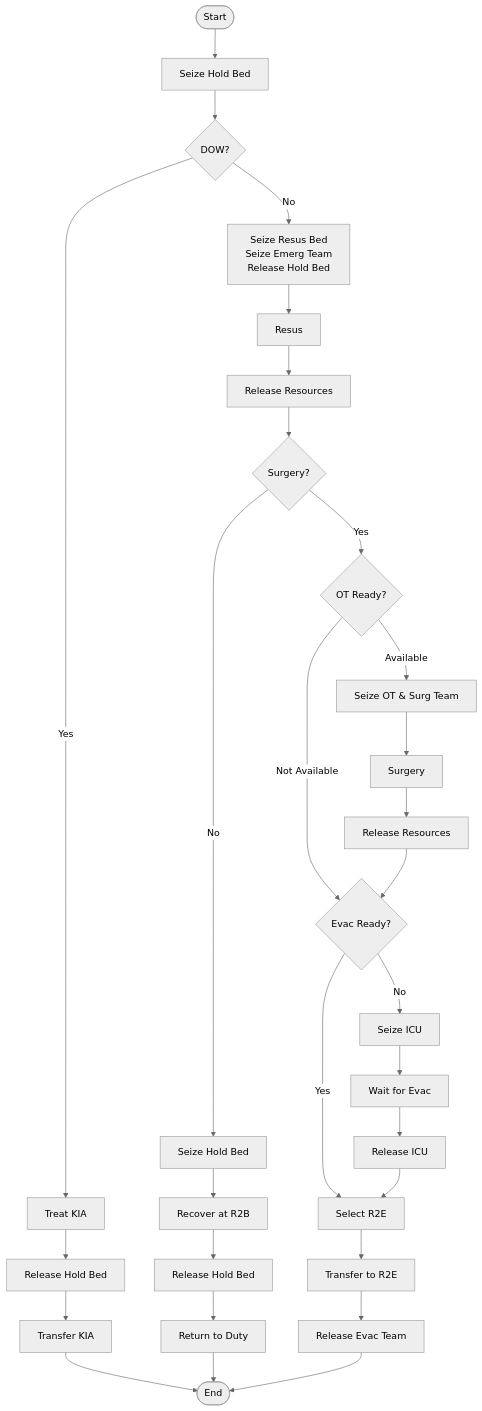
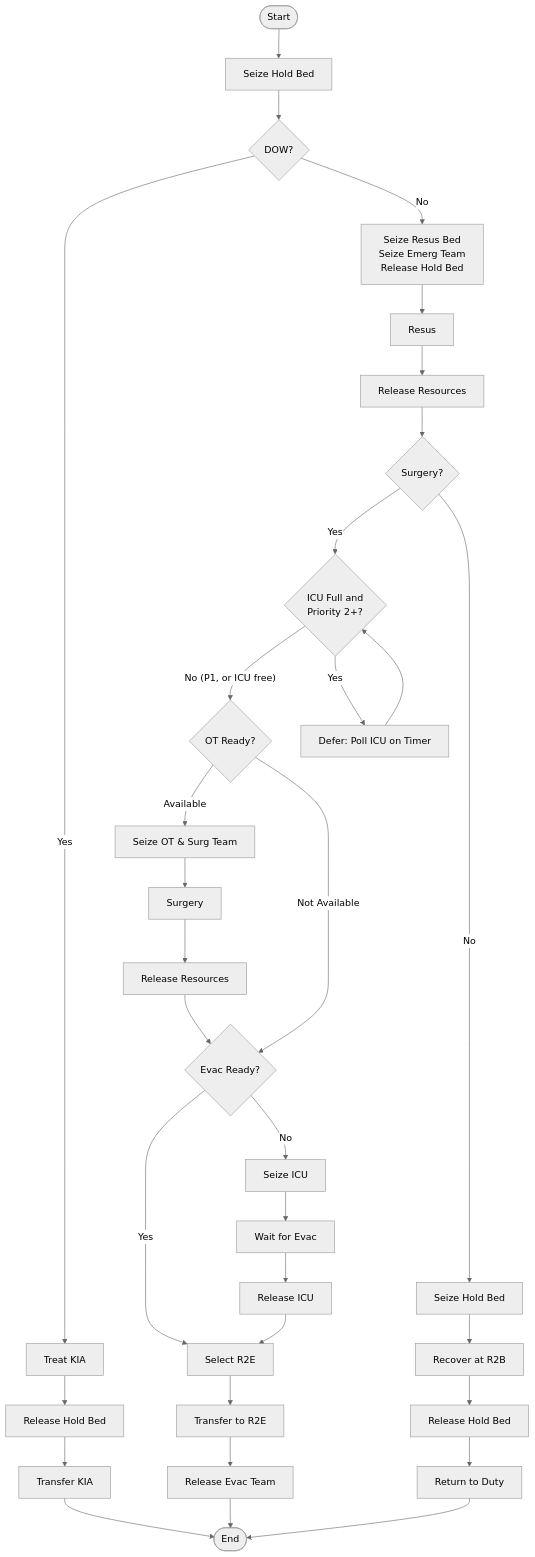
Before and after one commit to natosys/Battlefield-Casualty-Handling: the third of 4 diagrams in README.md, drawn with Mermaid (neutral theme). The commit also changed other lines of this file and 15 other files, not shown here.

````diff
--- a/README.md
+++ b/README.md
@@ -920,32 +938,35 @@
 ```mermaid
 flowchart TD
     A(["Start"]) --> B["Seize Hold Bed"]
     B --> C{"DOW?"}
     C -- Yes --> D["Treat KIA"]
     D --> E["Release Hold Bed"]
     E --> F["Transfer KIA"]
     F --> Z(["End"])
     C -- No --> G["Seize Resus Bed <br> Seize Emerg Team <br> Release Hold Bed"]
     G --> H["Resus"]
     H --> I["Release Resources"]
     I --> J{"Surgery?"}
-    J -- Yes --> K{"OT Ready?"}
+    J -- Yes --> K0{"ICU Full and<br>Priority 2+?"}
+    K0 -- "No (P1, or ICU free)" --> K{"OT Ready?"}
+    K0 -- Yes --> KD["Defer: Poll ICU on Timer"]
+    KD --> K0
     K -- Available --> L["Seize OT & Surg Team"]
     L --> M["Surgery"]
     M --> N["Release Resources"]
     K -- Not Available --> O{"Evac Ready?"}
     J -- No --> P["Seize Hold Bed"]
     P --> Q["Recover at R2B"]
     Q --> R["Release Hold Bed"]
     R --> S["Return to Duty"]
     S --> Z
     N --> O
     O -- Yes --> T["Select R2E"]
     T --> U["Transfer to R2E"]
     U --> V["Release Evac Team"]
     V --> Z
     O -- No --> W["Seize ICU"]
     W --> X["Wait for Evac"]
     X --> Y["Release ICU"]
     Y --> T
 ```
````
